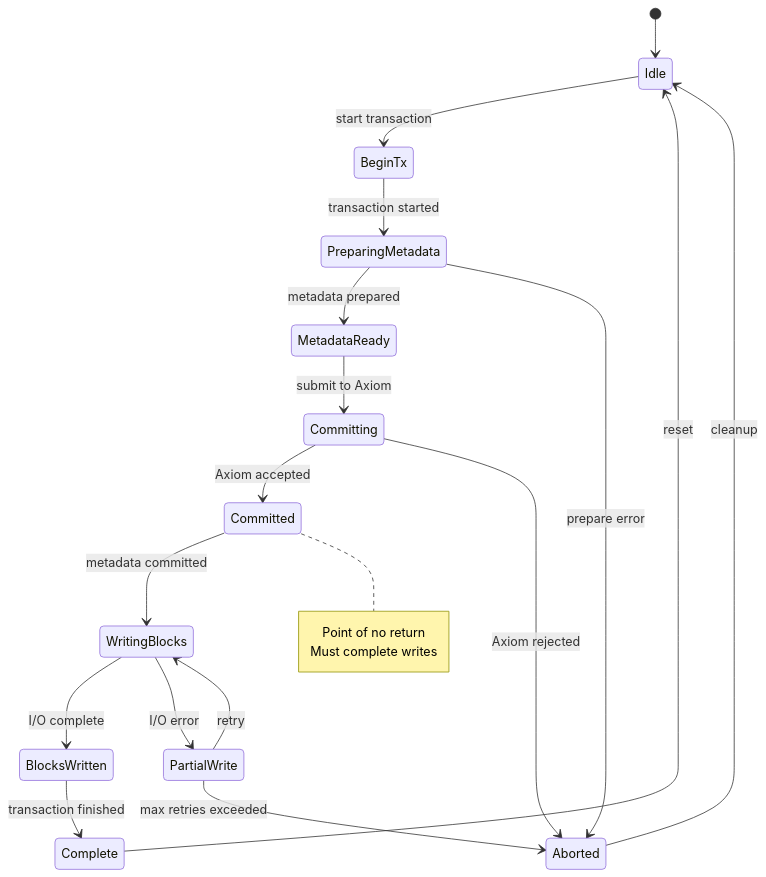
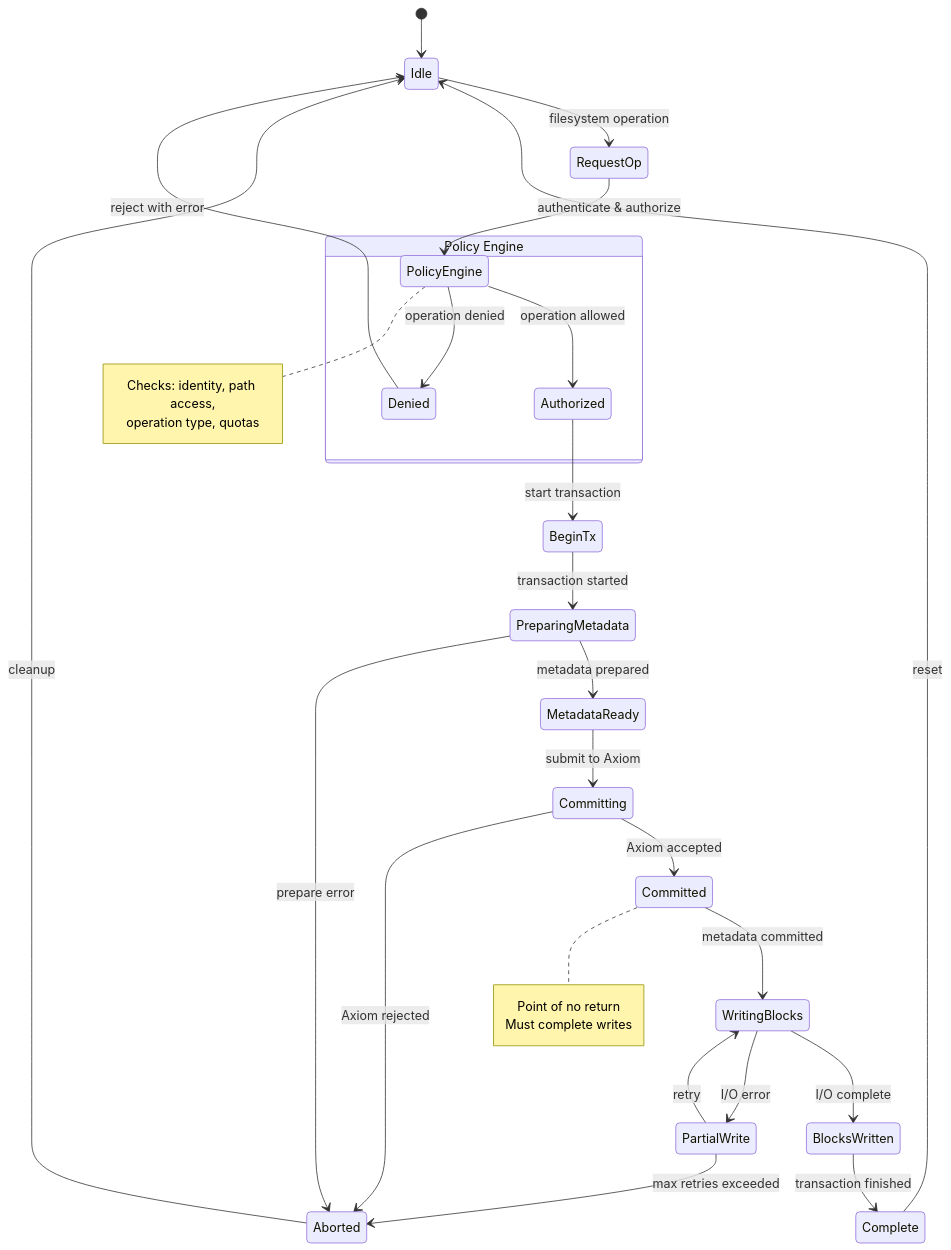
One commit to cypher-asi/zero-os changed the eighth of 18 diagrams in docs/diagrams/state-machines.md. Above: the diagram before and after it, drawn with Mermaid. The commit also changed other lines of this file and 24 other files, not shown here.

````diff
--- a/docs/diagrams/state-machines.md
+++ b/docs/diagrams/state-machines.md
@@ -304,34 +382,50 @@
 ```mermaid
 stateDiagram-v2
     [*] --> Idle
     
-    Idle --> BeginTx: start transaction
+    Idle --> RequestOp: filesystem operation
+    
+    RequestOp --> PolicyEngine: authenticate & authorize
+    
+    state "Policy Engine" as pe {
+        PolicyEngine --> Authorized: operation allowed
+        PolicyEngine --> Denied: operation denied
+    }
+    
+    Denied --> Idle: reject with error
+    
+    Authorized --> BeginTx: start transaction
     
     BeginTx --> PreparingMetadata: transaction started
     
     PreparingMetadata --> MetadataReady: metadata prepared
     PreparingMetadata --> Aborted: prepare error
     
     MetadataReady --> Committing: submit to Axiom
     
     Committing --> Committed: Axiom accepted
     Committing --> Aborted: Axiom rejected
     
     Committed --> WritingBlocks: metadata committed
     
     WritingBlocks --> BlocksWritten: I/O complete
     WritingBlocks --> PartialWrite: I/O error
     
     PartialWrite --> WritingBlocks: retry
     PartialWrite --> Aborted: max retries exceeded
     
     BlocksWritten --> Complete: transaction finished
     
     Complete --> Idle: reset
     Aborted --> Idle: cleanup
     
+    note right of PolicyEngine
+        Checks: identity, path access,
+        operation type, quotas
+    end note
+    
     note right of Committed
         Point of no return
         Must complete writes
     end note
 ```
````
